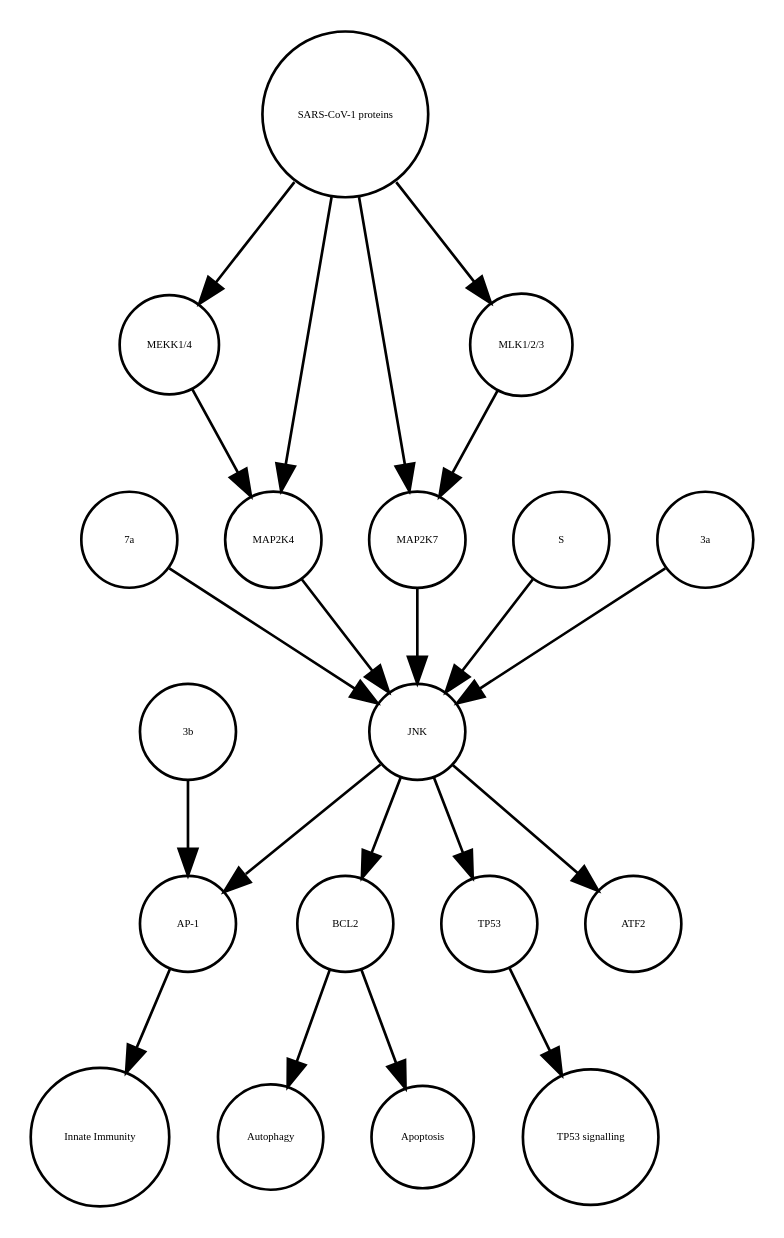
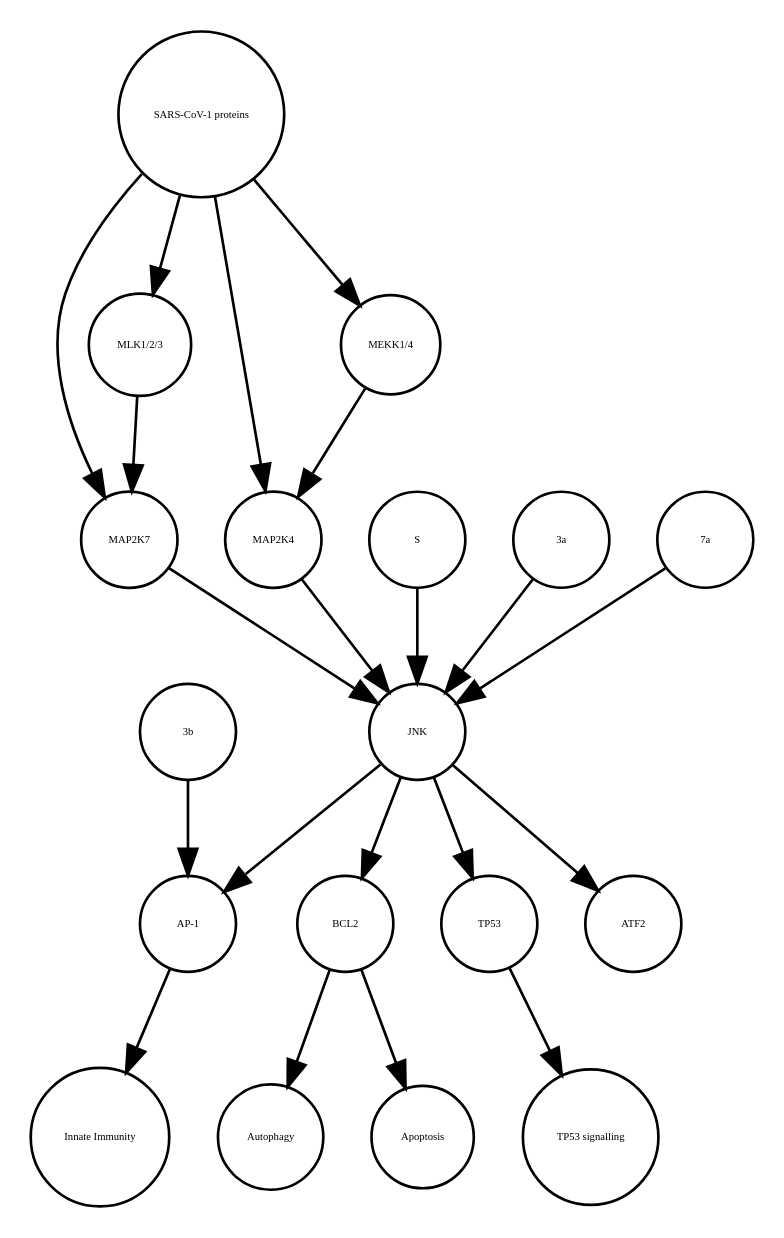
Before and after one commit to cannin/covid19-sbgn: the diagram in JNK_pathway_stable.xml_projected.dot, drawn with Graphviz. The commit also changed other lines of this file and 565 other files, not shown here.

```diff
--- a/JNK_pathway_stable.xml_projected.dot
+++ b/JNK_pathway_stable.xml_projected.dot
@@ -1,40 +1,40 @@
 strict digraph  {
 BCL2 [annotation=urn_miriam_ncbigene_596, bipartite=0, cls=macromolecule, fontsize=4, label=BCL2, shape=circle];
 Autophagy [annotation="urn_miriam_obo.go_GO%3A0006914", bipartite=0, cls=phenotype, fontsize=4, label=Autophagy, shape=circle];
 "AP-1" [annotation="", bipartite=0, cls=complex, fontsize=4, label="AP-1", shape=circle];
 "Innate Immunity" [annotation="urn_miriam_obo.go_GO%3A0045087", bipartite=0, cls=phenotype, fontsize=4, label="Innate Immunity", shape=circle];
 TP53 [annotation=urn_miriam_ncbigene_7157, bipartite=0, cls=macromolecule, fontsize=4, label=TP53, shape=circle];
 "TP53 signalling" [annotation="urn_miriam_obo.go_GO%3A0072331", bipartite=0, cls=phenotype, fontsize=4, label="TP53 signalling", shape=circle];
 Apoptosis [annotation="urn_miriam_obo.go_GO%3A0006915", bipartite=0, cls=phenotype, fontsize=4, label=Apoptosis, shape=circle];
+JNK [annotation="", bipartite=0, cls=complex, fontsize=4, label=JNK, shape=circle];
+MAP2K7 [annotation=urn_miriam_ncbigene_5609, bipartite=0, cls=macromolecule, fontsize=4, label=MAP2K7, shape=circle];
+ATF2 [annotation=urn_miriam_ncbigene_1386, bipartite=0, cls=macromolecule, fontsize=4, label=ATF2, shape=circle];
+S [annotation="", bipartite=0, cls=macromolecule, fontsize=4, label=S, shape=circle];
+MAP2K4 [annotation=urn_miriam_ncbigene_6416, bipartite=0, cls=macromolecule, fontsize=4, label=MAP2K4, shape=circle];
+"3b" [annotation="", bipartite=0, cls=macromolecule, fontsize=4, label="3b", shape=circle];
+"SARS-CoV-1 proteins" [annotation="", bipartite=0, cls=complex, fontsize=4, label="SARS-CoV-1 proteins", shape=circle];
+"MLK1/2/3" [annotation="", bipartite=0, cls=complex, fontsize=4, label="MLK1/2/3", shape=circle];
+"3a" [annotation="", bipartite=0, cls=macromolecule, fontsize=4, label="3a", shape=circle];
 "MEKK1/4" [annotation="", bipartite=0, cls=complex, fontsize=4, label="MEKK1/4", shape=circle];
 "7a" [annotation="", bipartite=0, cls=macromolecule, fontsize=4, label="7a", shape=circle];
-JNK [annotation="", bipartite=0, cls=complex, fontsize=4, label=JNK, shape=circle];
-MAP2K7 [annotation=urn_miriam_ncbigene_5609, bipartite=0, cls=macromolecule, fontsize=4, label=MAP2K7, shape=circle];
-"3b" [annotation="", bipartite=0, cls=macromolecule, fontsize=4, label="3b", shape=circle];
-"MLK1/2/3" [annotation="", bipartite=0, cls=complex, fontsize=4, label="MLK1/2/3", shape=circle];
-"SARS-CoV-1 proteins" [annotation="", bipartite=0, cls=complex, fontsize=4, label="SARS-CoV-1 proteins", shape=circle];
-S [annotation="", bipartite=0, cls=macromolecule, fontsize=4, label=S, shape=circle];
-MAP2K4 [annotation=urn_miriam_ncbigene_6416, bipartite=0, cls=macromolecule, fontsize=4, label=MAP2K4, shape=circle];
-ATF2 [annotation=urn_miriam_ncbigene_1386, bipartite=0, cls=macromolecule, fontsize=4, label=ATF2, shape=circle];
-"3a" [annotation="", bipartite=0, cls=macromolecule, fontsize=4, label="3a", shape=circle];
 BCL2 -> Autophagy  [annotation="", interaction_type="necessary stimulation"];
 BCL2 -> Apoptosis  [annotation="", interaction_type=inhibition];
 "AP-1" -> "Innate Immunity"  [annotation="", interaction_type="necessary stimulation"];
 TP53 -> "TP53 signalling"  [annotation="", interaction_type="necessary stimulation"];
+JNK -> TP53  [annotation=urn_miriam_pubmed_9724739, interaction_type=stimulation];
+JNK -> BCL2  [annotation=urn_miriam_pubmed_10567572, interaction_type=stimulation];
+JNK -> "AP-1"  [annotation="urn_miriam_pubmed_21561061|urn_miriam_taxonomy_694009", interaction_type=stimulation];
+JNK -> ATF2  [annotation=urn_miriam_pubmed_7824938, interaction_type=stimulation];
+MAP2K7 -> JNK  [annotation="urn_miriam_pubmed_17141229|urn_miriam_taxonomy_694009|urn_miriam_taxonomy_392815", interaction_type=stimulation];
+S -> JNK  [annotation="urn_miriam_pubmed_17267381|urn_miriam_taxonomy_694009|urn_miriam_taxonomy_392815", interaction_type=stimulation];
+MAP2K4 -> JNK  [annotation="urn_miriam_pubmed_17141229|urn_miriam_taxonomy_694009|urn_miriam_taxonomy_392815", interaction_type=stimulation];
+"3b" -> "AP-1"  [annotation="urn_miriam_pubmed_21561061|urn_miriam_taxonomy_694009", interaction_type=stimulation];
+"SARS-CoV-1 proteins" -> "MLK1/2/3"  [annotation="urn_miriam_taxonomy_694009|urn_miriam_pubmed_31226023|urn_miriam_taxonomy_392815", interaction_type=stimulation];
+"SARS-CoV-1 proteins" -> MAP2K4  [annotation="urn_miriam_pubmed_31226023|urn_miriam_taxonomy_694009|urn_miriam_taxonomy_392815", interaction_type=stimulation];
+"SARS-CoV-1 proteins" -> "MEKK1/4"  [annotation="urn_miriam_pubmed_31226023|urn_miriam_taxonomy_694009|urn_miriam_taxonomy_392815", interaction_type=stimulation];
+"SARS-CoV-1 proteins" -> MAP2K7  [annotation="urn_miriam_pubmed_31226023|urn_miriam_taxonomy_694009|urn_miriam_taxonomy_392815", interaction_type=stimulation];
+"MLK1/2/3" -> MAP2K7  [annotation="urn_miriam_pubmed_31226023|urn_miriam_taxonomy_694009|urn_miriam_taxonomy_392815", interaction_type=stimulation];
+"3a" -> JNK  [annotation="urn_miriam_pubmed_17141229|urn_miriam_taxonomy_694009|urn_miriam_taxonomy_392815", interaction_type=stimulation];
 "MEKK1/4" -> MAP2K4  [annotation="urn_miriam_pubmed_31226023|urn_miriam_taxonomy_694009|urn_miriam_taxonomy_392815", interaction_type=stimulation];
 "7a" -> JNK  [annotation="urn_miriam_pubmed_17141229|urn_miriam_taxonomy_694009|urn_miriam_taxonomy_392815", interaction_type=stimulation];
-JNK -> BCL2  [annotation=urn_miriam_pubmed_10567572, interaction_type=stimulation];
-JNK -> "AP-1"  [annotation="urn_miriam_pubmed_21561061|urn_miriam_taxonomy_694009", interaction_type=stimulation];
-JNK -> TP53  [annotation=urn_miriam_pubmed_9724739, interaction_type=stimulation];
-JNK -> ATF2  [annotation=urn_miriam_pubmed_7824938, interaction_type=stimulation];
-MAP2K7 -> JNK  [annotation="urn_miriam_pubmed_17141229|urn_miriam_taxonomy_694009|urn_miriam_taxonomy_392815", interaction_type=stimulation];
-"3b" -> "AP-1"  [annotation="urn_miriam_pubmed_21561061|urn_miriam_taxonomy_694009", interaction_type=stimulation];
-"MLK1/2/3" -> MAP2K7  [annotation="urn_miriam_pubmed_31226023|urn_miriam_taxonomy_694009|urn_miriam_taxonomy_392815", interaction_type=stimulation];
-"SARS-CoV-1 proteins" -> MAP2K7  [annotation="urn_miriam_pubmed_31226023|urn_miriam_taxonomy_694009|urn_miriam_taxonomy_392815", interaction_type=stimulation];
-"SARS-CoV-1 proteins" -> "MLK1/2/3"  [annotation="urn_miriam_taxonomy_694009|urn_miriam_pubmed_31226023|urn_miriam_taxonomy_392815", interaction_type=stimulation];
-"SARS-CoV-1 proteins" -> "MEKK1/4"  [annotation="urn_miriam_pubmed_31226023|urn_miriam_taxonomy_694009|urn_miriam_taxonomy_392815", interaction_type=stimulation];
-"SARS-CoV-1 proteins" -> MAP2K4  [annotation="urn_miriam_pubmed_31226023|urn_miriam_taxonomy_694009|urn_miriam_taxonomy_392815", interaction_type=stimulation];
-S -> JNK  [annotation="urn_miriam_pubmed_17267381|urn_miriam_taxonomy_694009|urn_miriam_taxonomy_392815", interaction_type=stimulation];
-MAP2K4 -> JNK  [annotation="urn_miriam_pubmed_17141229|urn_miriam_taxonomy_694009|urn_miriam_taxonomy_392815", interaction_type=stimulation];
-"3a" -> JNK  [annotation="urn_miriam_pubmed_17141229|urn_miriam_taxonomy_694009|urn_miriam_taxonomy_392815", interaction_type=stimulation];
 }
```
